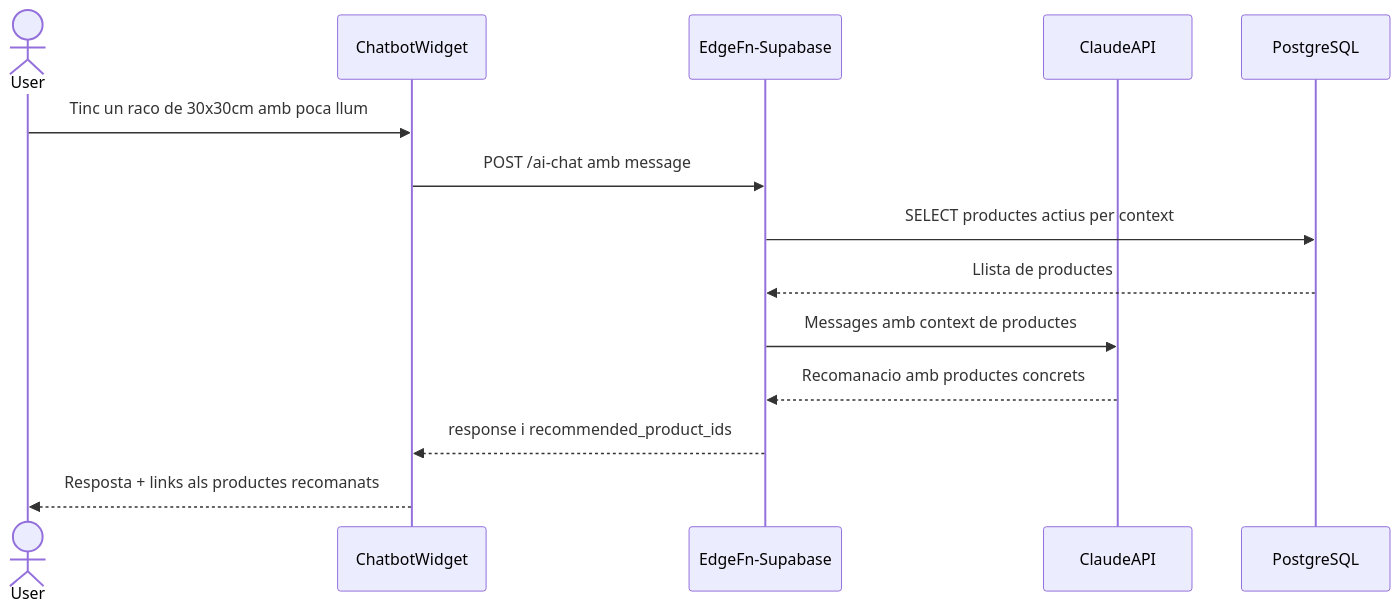
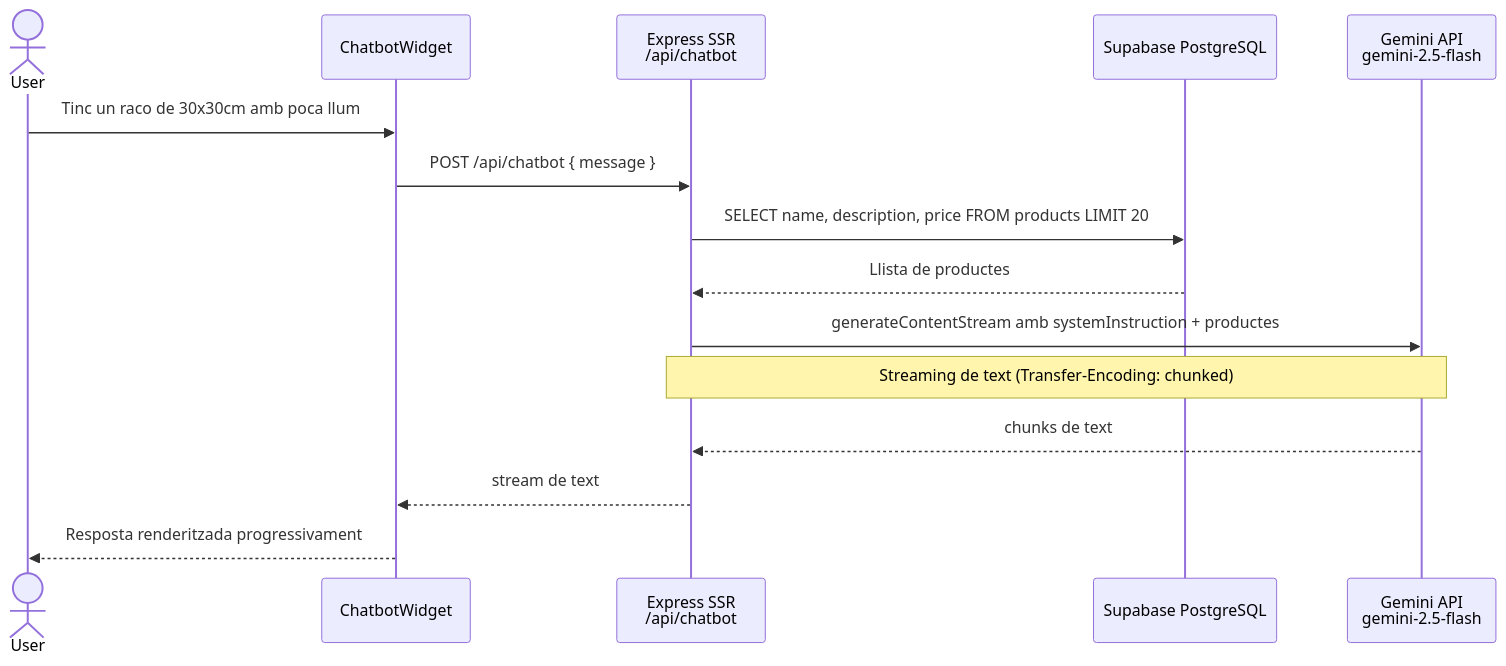
Before and after one commit to isahun/winter-garden: the seventh of 8 diagrams in DIAGRAMS.md, drawn with Mermaid. The commit also changed other lines of this file and 1 other file, not shown here.

Commit message:
docs: update diagrams and wireframes to reflect current implementation

````diff
--- a/DIAGRAMS.md
+++ b/DIAGRAMS.md
@@ -268,17 +273,18 @@
 ```mermaid
 sequenceDiagram
     actor User
     participant Widget as ChatbotWidget
-    participant EdgeFn as EdgeFn-Supabase
-    participant Claude as ClaudeAPI
-    participant DB as PostgreSQL
+    participant SSR as Express SSR<br/>/api/chatbot
+    participant DB as Supabase PostgreSQL
+    participant Gemini as Gemini API<br/>gemini-2.5-flash
 
     User->>Widget: Tinc un raco de 30x30cm amb poca llum
-    Widget->>EdgeFn: POST /ai-chat amb message
-    EdgeFn->>DB: SELECT productes actius per context
-    DB-->>EdgeFn: Llista de productes
-    EdgeFn->>Claude: Messages amb context de productes
-    Claude-->>EdgeFn: Recomanacio amb productes concrets
-    EdgeFn-->>Widget: response i recommended_product_ids
-    Widget-->>User: Resposta + links als productes recomanats
+    Widget->>SSR: POST /api/chatbot { message }
+    SSR->>DB: SELECT name, description, price FROM products LIMIT 20
+    DB-->>SSR: Llista de productes
+    SSR->>Gemini: generateContentStream amb systemInstruction + productes
+    Note over SSR,Gemini: Streaming de text (Transfer-Encoding: chunked)
+    Gemini-->>SSR: chunks de text
+    SSR-->>Widget: stream de text
+    Widget-->>User: Resposta renderitzada progressivament
 ```
````
